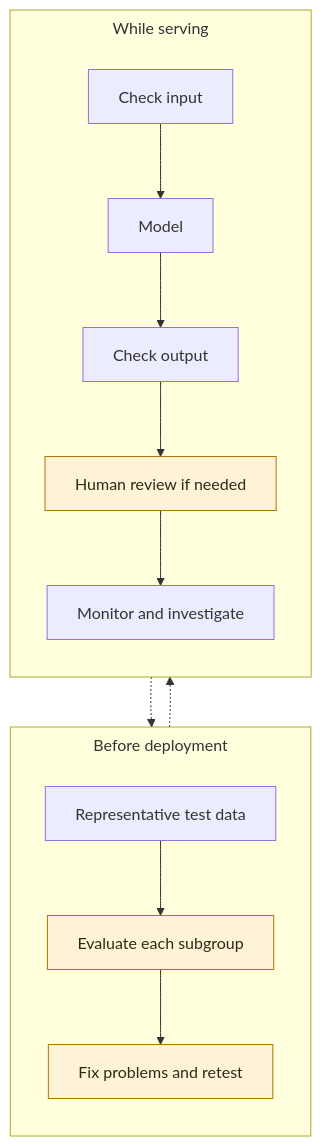
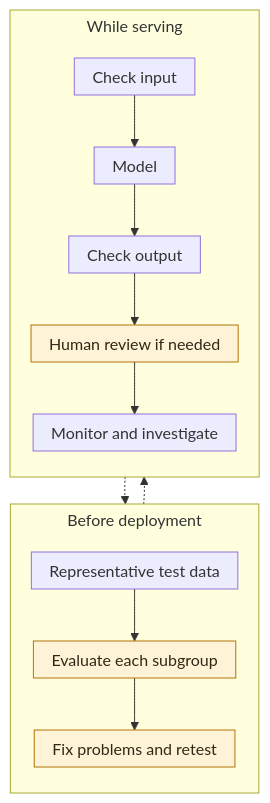
One commit to HiroyukiFuruno/katana-aws-qualification changed the diagram in src/qualificationLearning/figures-source/aif-c01/aif-responsible-ai-controls.mmd. Above: the diagram before and after it, drawn with Mermaid. The commit also changed 20 other files, not shown here.

Commit message:
責任共有図を比較表現に直しモバイルの文字欠けを防ぐ

```diff
--- a/src/qualificationLearning/figures-source/aif-c01/aif-responsible-ai-controls.mmd
+++ b/src/qualificationLearning/figures-source/aif-c01/aif-responsible-ai-controls.mmd
@@ -1,24 +1,28 @@
 ---
 config:
+  htmlLabels: false
   flowchart:
+    rankSpacing: 27
+    nodeSpacing: 22
+    padding: 9
     subGraphTitleMargin:
       top: 6
       bottom: 16
 ---
 flowchart TB
   subgraph T["Before deployment"]
     direction TB
     D["Representative test data"] --> E["Evaluate each subgroup"]
     E --> R["Fix problems and retest"]
   end
   subgraph W["While serving"]
     direction TB
     I["Check input"] --> M["Model"]
     M --> O["Check output"]
     O --> H["Human review if needed"]
     H --> N["Monitor and investigate"]
   end
   R -.-> I
   N -.-> E
   classDef review fill:#fff3d7,stroke:#b27308,color:#302816
   class E,R,H review
```
